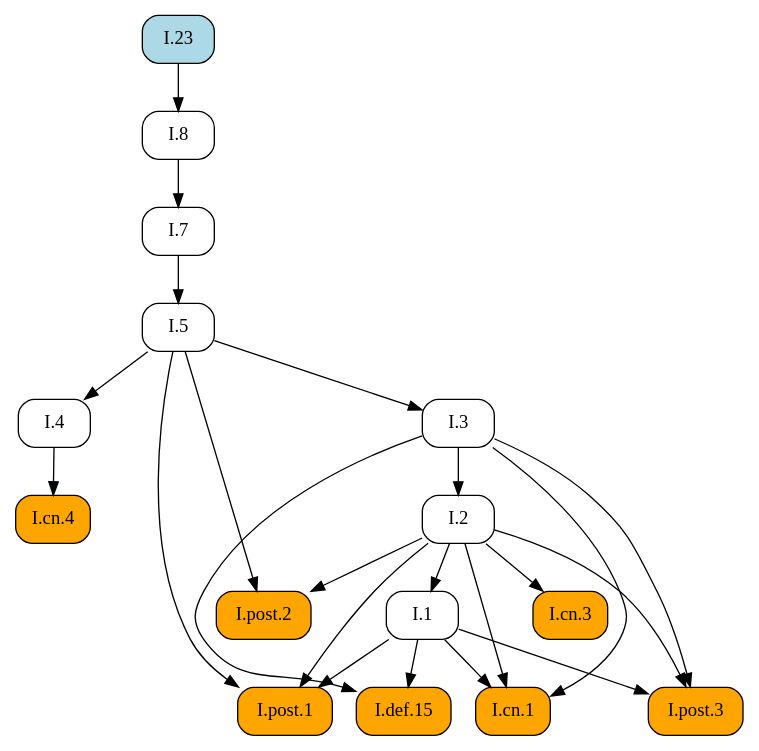
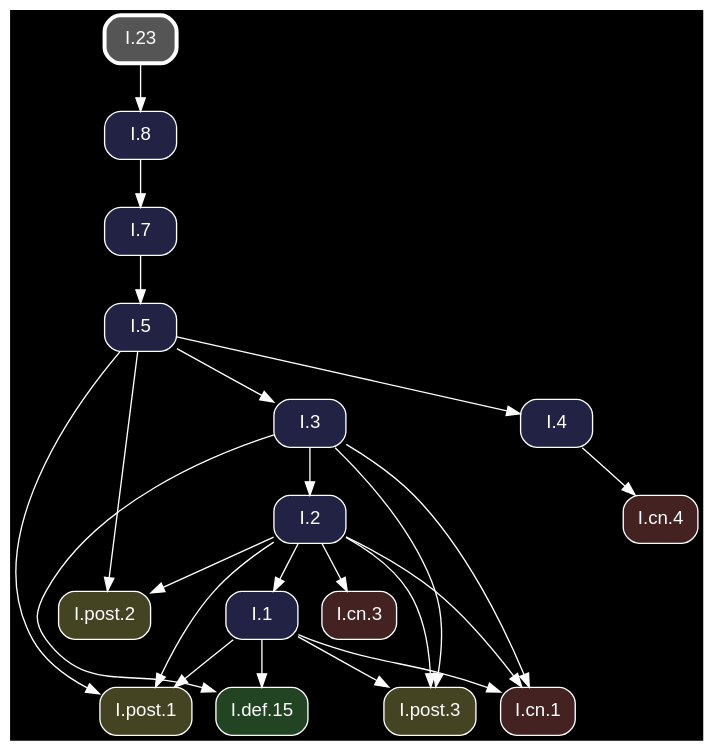
The diagram in docsrc/heath/I/23/index.rst (geometor/elements), drawn with Graphviz before and after one commit. The commit also changed other lines of this file and 1200 other files, not shown here.

Commit message:
update dependency graphs

```diff
--- a/docsrc/heath/I/23/index.rst
+++ b/docsrc/heath/I/23/index.rst
@@ -40,43 +40,45 @@
 .. graphviz::
 
    digraph {
+     bgcolor="black";
+     node [shape=box, style="rounded,filled", fontname="Helvetica", color="white", fontcolor="white"];
+     edge [color="white", fontcolor="white"];
      rankdir="TB";
-     node [shape=box, style=rounded];
-     "I.23" [style="rounded,filled", fillcolor=lightblue, URL="/heath/I/23/", target="_top"];
-     "I.cn.1" [style="rounded,filled", fillcolor=orange, URL="/heath/I/cn.1/", target="_top"];
-     "I.7" [URL="/heath/I/7/", target="_top"];
-     "I.2" [URL="/heath/I/2/", target="_top"];
-     "I.def.15" [style="rounded,filled", fillcolor=orange, URL="/heath/I/def.15/", target="_top"];
-     "I.4" [URL="/heath/I/4/", target="_top"];
-     "I.cn.4" [style="rounded,filled", fillcolor=orange, URL="/heath/I/cn.4/", target="_top"];
-     "I.1" [URL="/heath/I/1/", target="_top"];
-     "I.5" [URL="/heath/I/5/", target="_top"];
-     "I.post.1" [style="rounded,filled", fillcolor=orange, URL="/heath/I/post.1/", target="_top"];
-     "I.8" [URL="/heath/I/8/", target="_top"];
-     "I.post.2" [style="rounded,filled", fillcolor=orange, URL="/heath/I/post.2/", target="_top"];
-     "I.post.3" [style="rounded,filled", fillcolor=orange, URL="/heath/I/post.3/", target="_top"];
-     "I.cn.3" [style="rounded,filled", fillcolor=orange, URL="/heath/I/cn.3/", target="_top"];
-     "I.3" [URL="/heath/I/3/", target="_top"];
+     "I.1" [fillcolor="#222244", URL="/heath/I/1/", target="_top"];
+     "I.post.2" [fillcolor="#444422", URL="/heath/I/post.2/", target="_top"];
+     "I.3" [fillcolor="#222244", URL="/heath/I/3/", target="_top"];
+     "I.23" [penwidth=3, color="white", fillcolor="#555555", URL="/heath/I/23/", target="_top"];
+     "I.post.1" [fillcolor="#444422", URL="/heath/I/post.1/", target="_top"];
+     "I.cn.1" [fillcolor="#442222", URL="/heath/I/cn.1/", target="_top"];
+     "I.8" [fillcolor="#222244", URL="/heath/I/8/", target="_top"];
+     "I.4" [fillcolor="#222244", URL="/heath/I/4/", target="_top"];
+     "I.post.3" [fillcolor="#444422", URL="/heath/I/post.3/", target="_top"];
+     "I.cn.3" [fillcolor="#442222", URL="/heath/I/cn.3/", target="_top"];
+     "I.7" [fillcolor="#222244", URL="/heath/I/7/", target="_top"];
+     "I.def.15" [fillcolor="#224422", URL="/heath/I/def.15/", target="_top"];
+     "I.5" [fillcolor="#222244", URL="/heath/I/5/", target="_top"];
+     "I.2" [fillcolor="#222244", URL="/heath/I/2/", target="_top"];
+     "I.cn.4" [fillcolor="#442222", URL="/heath/I/cn.4/", target="_top"];
+     "I.2" -> "I.1";
+     "I.2" -> "I.post.2";
+     "I.5" -> "I.post.2";
+     "I.5" -> "I.3";
+     "I.1" -> "I.post.1";
+     "I.2" -> "I.post.1";
+     "I.5" -> "I.post.1";
      "I.1" -> "I.cn.1";
      "I.2" -> "I.cn.1";
      "I.3" -> "I.cn.1";
-     "I.8" -> "I.7";
-     "I.3" -> "I.2";
-     "I.1" -> "I.def.15";
-     "I.3" -> "I.def.15";
+     "I.23" -> "I.8";
      "I.5" -> "I.4";
-     "I.4" -> "I.cn.4";
-     "I.2" -> "I.1";
-     "I.7" -> "I.5";
-     "I.1" -> "I.post.1";
-     "I.2" -> "I.post.1";
-     "I.5" -> "I.post.1";
-     "I.23" -> "I.8";
-     "I.2" -> "I.post.2";
-     "I.5" -> "I.post.2";
      "I.1" -> "I.post.3";
      "I.2" -> "I.post.3";
      "I.3" -> "I.post.3";
      "I.2" -> "I.cn.3";
-     "I.5" -> "I.3";
+     "I.8" -> "I.7";
+     "I.1" -> "I.def.15";
+     "I.3" -> "I.def.15";
+     "I.7" -> "I.5";
+     "I.3" -> "I.2";
+     "I.4" -> "I.cn.4";
    }
```
